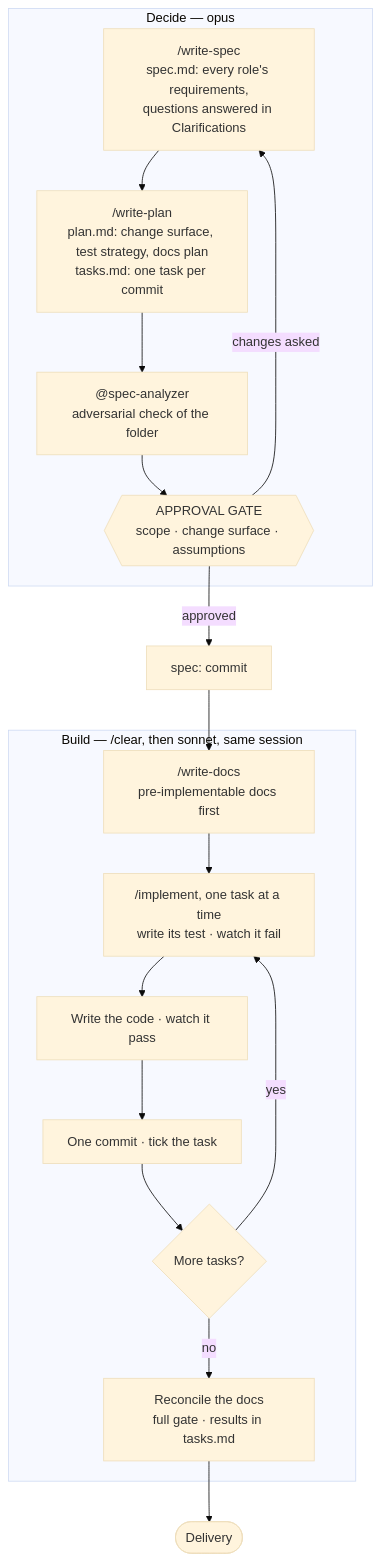
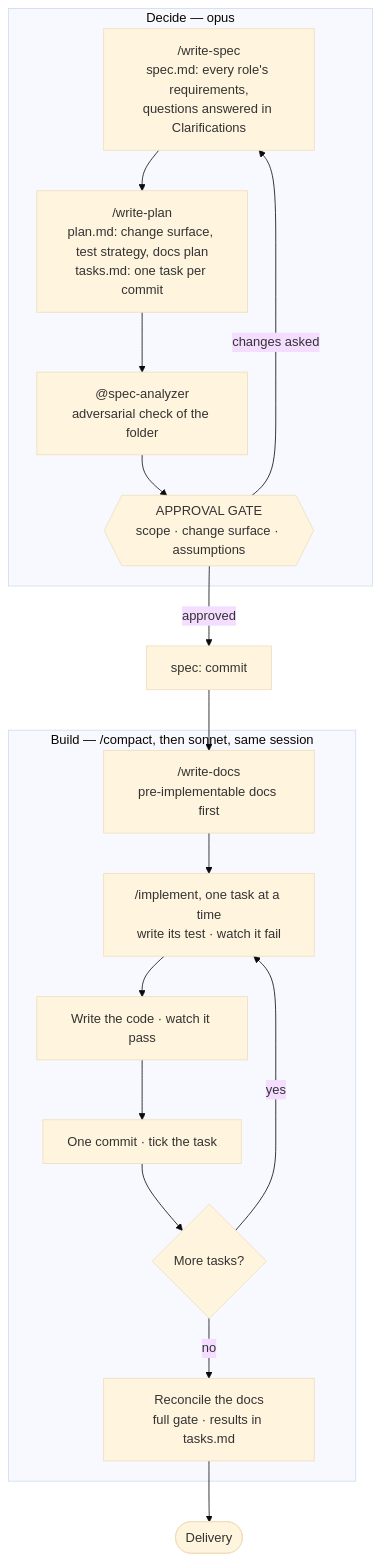
Before and after one commit to Aplyca/AgenticDevelopmentFramework: the third of 6 diagrams in README.md, drawn with Mermaid (base theme). The commit also changed other lines of this file and 17 other files, not shown here.

First line of the commit message:
fix: compact, not clear, after the approval gate (0062)

````diff
--- a/README.md
+++ b/README.md
@@ -274,25 +274,25 @@
 ```mermaid
 flowchart TD
     subgraph decide["Decide — opus"]
         spec["/write-spec<br/>spec.md: every role's requirements,<br/>questions answered in Clarifications"]
         plan["/write-plan<br/>plan.md: change surface, test strategy, docs plan<br/>tasks.md: one task per commit"]
         analyzer["@spec-analyzer<br/>adversarial check of the folder"]
         gate{{"APPROVAL GATE<br/>scope · change surface · assumptions"}}
         spec --> plan --> analyzer --> gate
         gate -->|changes asked| spec
     end
     gate -->|approved| speccommit["spec: commit"]
     speccommit --> docs
-    subgraph build["Build — /clear, then sonnet, same session"]
+    subgraph build["Build — /compact, then sonnet, same session"]
         docs["/write-docs<br/>pre-implementable docs first"]
         writetest["/implement, one task at a time<br/>write its test · watch it fail"]
         writecode["Write the code · watch it pass"]
         taskcommit["One commit · tick the task"]
         moretasks{"More tasks?"}
         reconcile["Reconcile the docs<br/>full gate · results in tasks.md"]
         docs --> writetest --> writecode --> taskcommit --> moretasks
         moretasks -->|yes| writetest
         moretasks -->|no| reconcile
     end
     reconcile --> delivery(["Delivery"])
 ```
````
